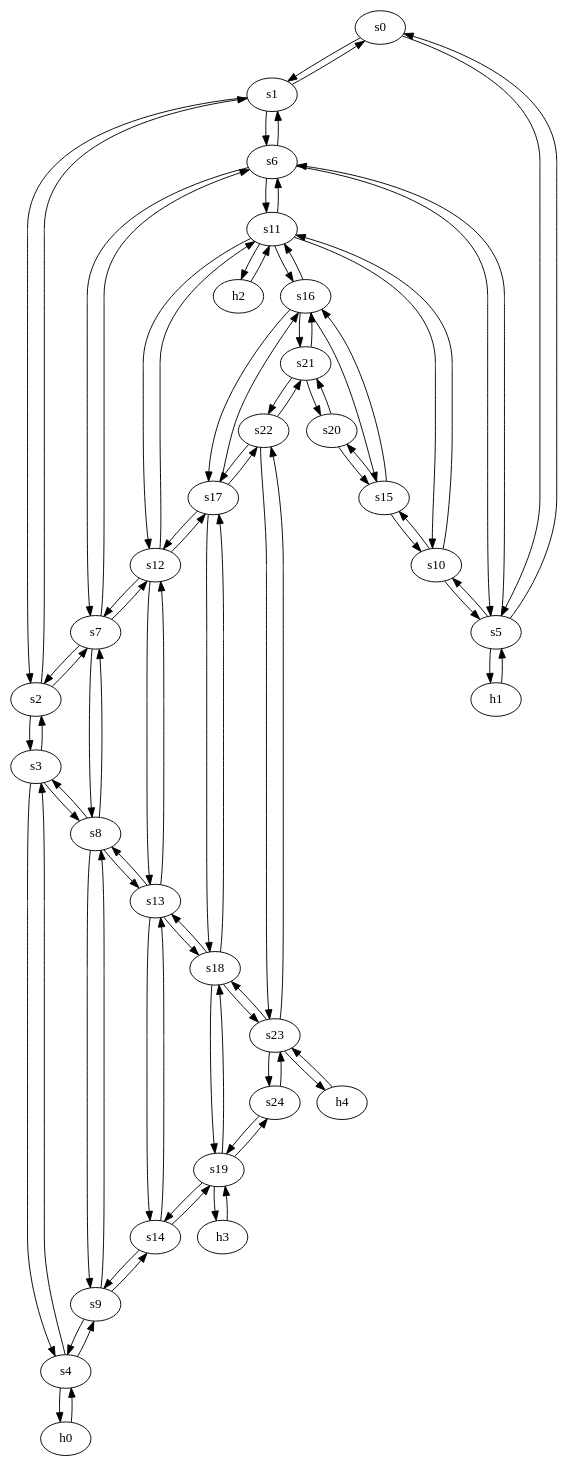
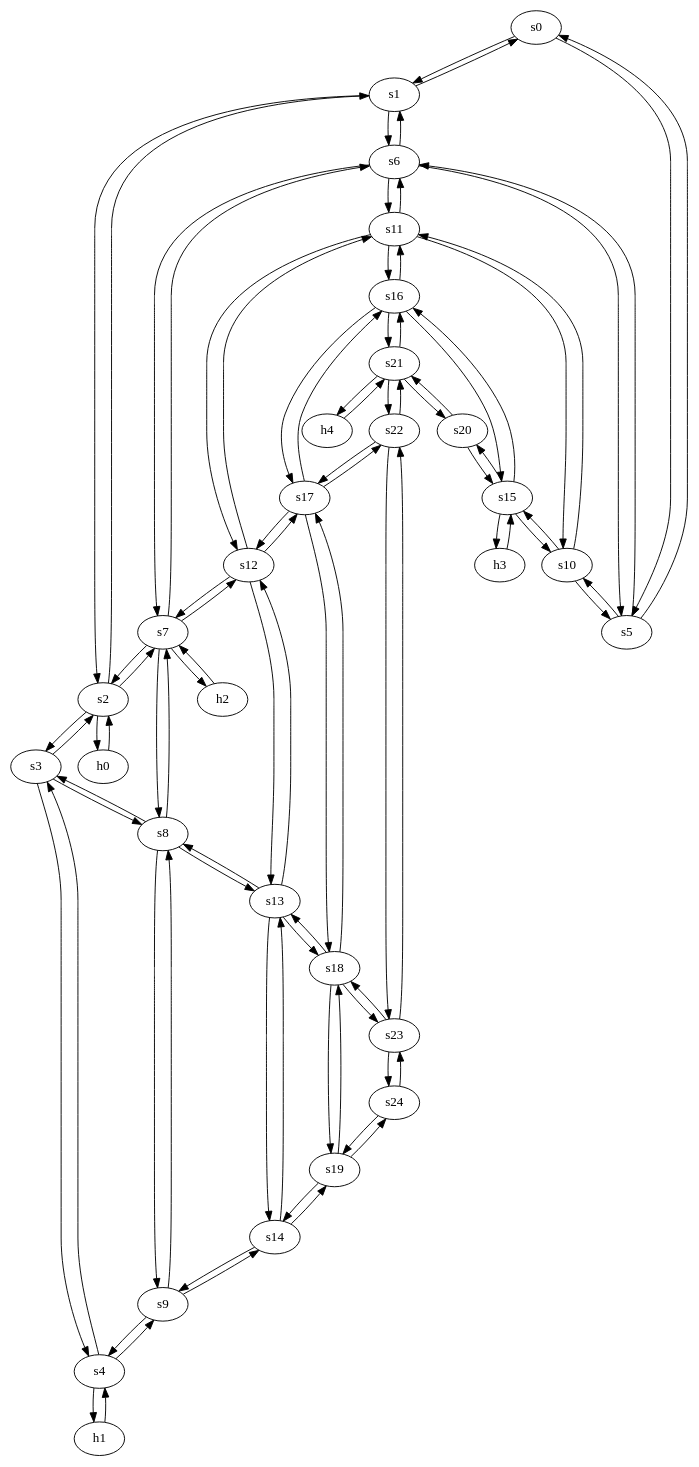
Before and after one commit to cornell-netlab/yates: the diagram in data/gen/grid5h0EvenDemand.dot, drawn with Graphviz. The commit also changed 54 other files, not shown here.

```diff
--- a/data/gen/grid5h0EvenDemand.dot
+++ b/data/gen/grid5h0EvenDemand.dot
@@ -3,22 +3,25 @@
 		type=switch];
 	s1 [id=1, 
 		type=switch];
+	h0 [ip="0.0.0.27",
+		mac="00:00:00:00:0:27",
+		type=host];
 	s2 [id=2, 
 		type=switch];
 	s3 [id=3, 
 		type=switch];
-	h0 [ip="0.0.0.29",
+	h1 [ip="0.0.0.29",
 		mac="00:00:00:00:0:29",
 		type=host];
 	s4 [id=4, 
 		type=switch];
-	h1 [ip="0.0.0.30",
-		mac="00:00:00:00:0:30",
-		type=host];
 	s5 [id=5, 
 		type=switch];
 	s6 [id=6, 
 		type=switch];
+	h2 [ip="0.0.0.32",
+		mac="00:00:00:00:0:32",
+		type=host];
 	s7 [id=7, 
 		type=switch];
 	s8 [id=8, 
@@ -27,9 +30,6 @@
 		type=switch];
 	s10 [id=10, 
 		type=switch];
-	h2 [ip="0.0.0.36",
-		mac="00:00:00:00:0:36",
-		type=host];
 	s11 [id=11, 
 		type=switch];
 	s12 [id=12, 
@@ -38,6 +38,9 @@
 		type=switch];
 	s14 [id=14, 
 		type=switch];
+	h3 [ip="0.0.0.40",
+		mac="00:00:00:00:0:40",
+		type=host];
 	s15 [id=15, 
 		type=switch];
 	s16 [id=16, 
@@ -46,61 +49,58 @@
 		type=switch];
 	s18 [id=18, 
 		type=switch];
-	h3 [ip="0.0.0.44",
-		mac="00:00:00:00:0:44",
-		type=host];
 	s19 [id=19, 
 		type=switch];
 	s20 [id=20, 
 		type=switch];
+	h4 [ip="0.0.0.46",
+		mac="00:00:00:00:0:46",
+		type=host];
 	s21 [id=21, 
 		type=switch];
 	s22 [id=22, 
 		type=switch];
-	h4 [ip="0.0.0.48",
-		mac="00:00:00:00:0:48",
-		type=host];
 	s23 [id=23, 
 		type=switch];
 	s24 [id=24, 
 		type=switch];
-	h0 -> s4  [capacity="100Gbps", 
+	h0 -> s2  [capacity="100Gbps", 
 				cost=1, 
 				dst_port=1,
 				src_port=1];
-	s4 -> h0  [capacity="100Gbps", 
+	s2 -> h0  [capacity="100Gbps", 
 				cost=1, 
 				dst_port=1,
 				src_port=1];
-	h1 -> s5  [capacity="100Gbps", 
+	h1 -> s4  [capacity="100Gbps", 
 				cost=1, 
 				dst_port=1,
 				src_port=1];
-	s5 -> h1  [capacity="100Gbps", 
+	s4 -> h1  [capacity="100Gbps", 
 				cost=1, 
 				dst_port=1,
 				src_port=1];
-	h2 -> s11  [capacity="100Gbps", 
+	h2 -> s7  [capacity="100Gbps", 
 				cost=1, 
 				dst_port=1,
 				src_port=1];
-	s11 -> h2  [capacity="100Gbps", 
+	s7 -> h2  [capacity="100Gbps", 
 				cost=1, 
 				dst_port=1,
 				src_port=1];
-	h3 -> s19  [capacity="100Gbps", 
+	h3 -> s15  [capacity="100Gbps", 
 				cost=1, 
 				dst_port=1,
 				src_port=1];
-	s19 -> h3  [capacity="100Gbps", 
+	s15 -> h3  [capacity="100Gbps", 
 				cost=1, 
 				dst_port=1,
 				src_port=1];
-	h4 -> s23  [capacity="100Gbps", 
+	h4 -> s21  [capacity="100Gbps", 
 				cost=1, 
 				dst_port=1,
 				src_port=1];
-	s23 -> h4  [capacity="100Gbps", 
+	s21 -> h4  [capacity="100Gbps", 
 				cost=1, 
 				dst_port=1,
 				src_port=1];
```
